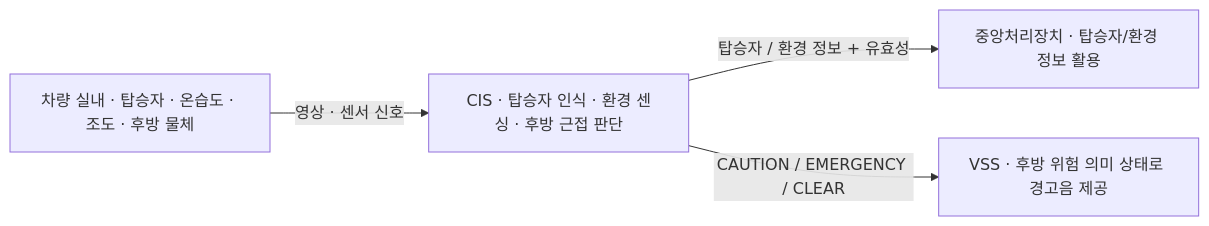
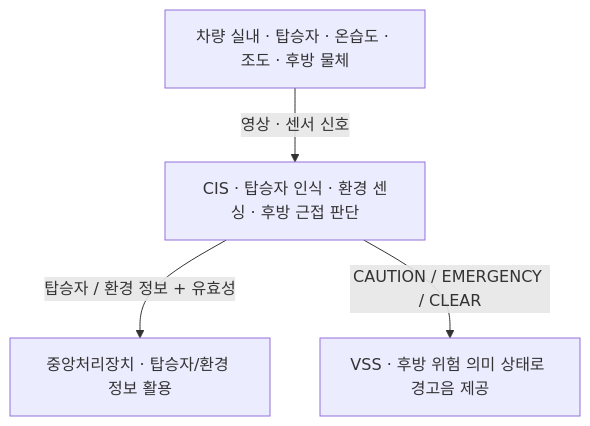
Before and after one commit to vehicle-domain-control-system/integrated-vehicle-control: the second of 5 diagrams in docs/requirements/SR.md, drawn with Mermaid. The commit also changed other lines of this file and 1 other file, not shown here.

````diff
--- a/docs/requirements/SR.md
+++ b/docs/requirements/SR.md
@@ -383,11 +300,11 @@
 ```mermaid
-flowchart LR
+flowchart TD
     CABIN["차량 실내 · 탑승자 · 온습도 · 조도 · 후방 물체"]
     CIS["CIS · 탑승자 인식 · 환경 센싱 · 후방 근접 판단"]
     CENTRAL["중앙처리장치 · 탑승자/환경 정보 활용"]
     VSS["VSS · 후방 위험 의미 상태로 경고음 제공"]
 
     CABIN -->|"영상 · 센서 신호"| CIS
     CIS -->|"탑승자 / 환경 정보 + 유효성"| CENTRAL
     CIS -->|"CAUTION / EMERGENCY / CLEAR"| VSS
 ```
````
